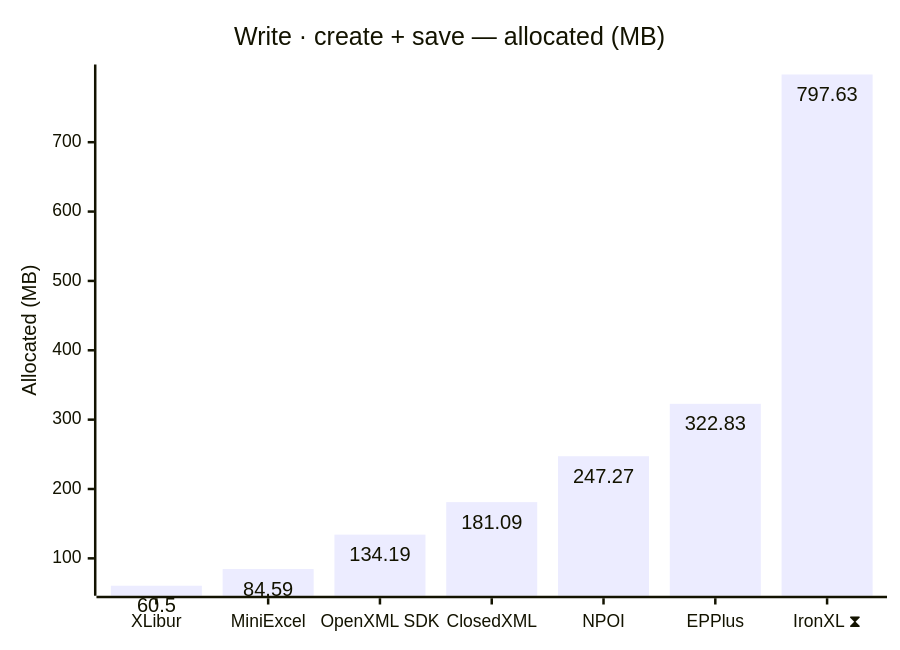
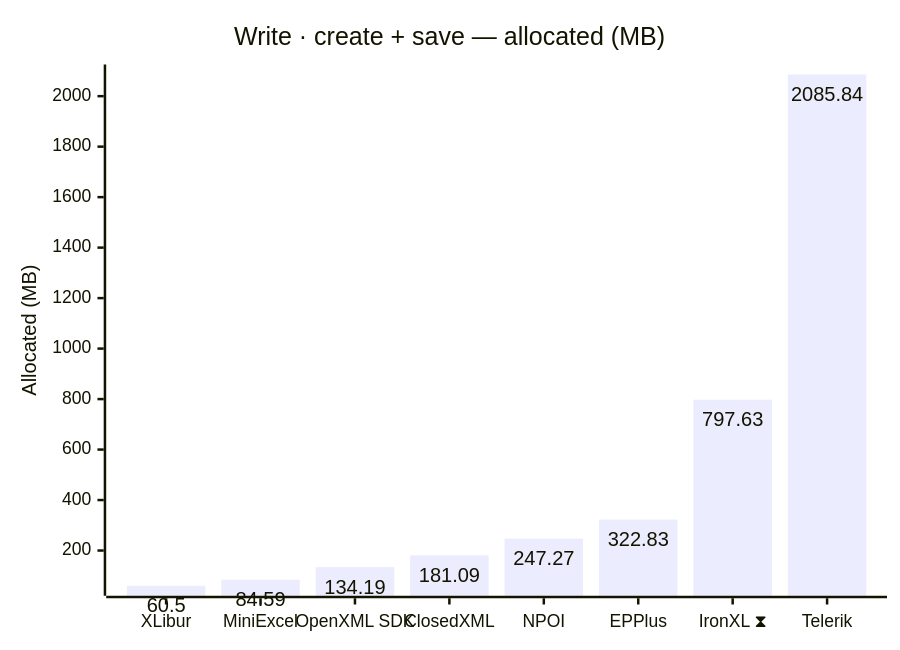
One commit to jafin/XLBench changed the sixth of 12 diagrams in docs/results.md. Above: the diagram before and after it, drawn with Mermaid. The commit also changed other lines of this file and 3 other files, not shown here.

````diff
--- a/docs/results.md
+++ b/docs/results.md
@@ -104,12 +105,12 @@
 ```mermaid
 ---
 config:
   xyChart:
     showDataLabel: true
 ---
 xychart-beta
     title "Write · create + save — allocated (MB)"
-    x-axis ["XLibur", "MiniExcel", "OpenXML SDK", "ClosedXML", "NPOI", "EPPlus", "IronXL ⧗"]
+    x-axis ["XLibur", "MiniExcel", "OpenXML SDK", "ClosedXML", "NPOI", "EPPlus", "IronXL ⧗", "Telerik"]
     y-axis "Allocated (MB)"
-    bar [60.5, 84.59, 134.19, 181.09, 247.27, 322.83, 797.63]
+    bar [60.5, 84.59, 134.19, 181.09, 247.27, 322.83, 797.63, 2085.84]
 ```
````
